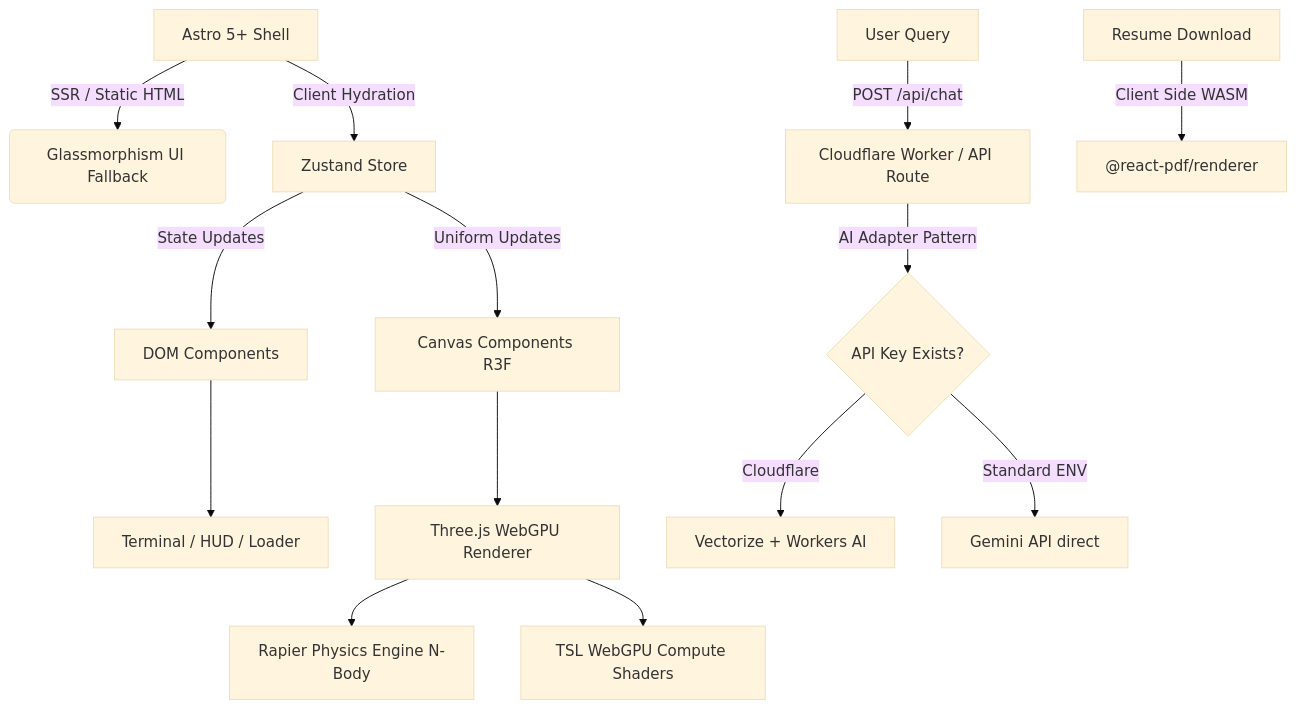
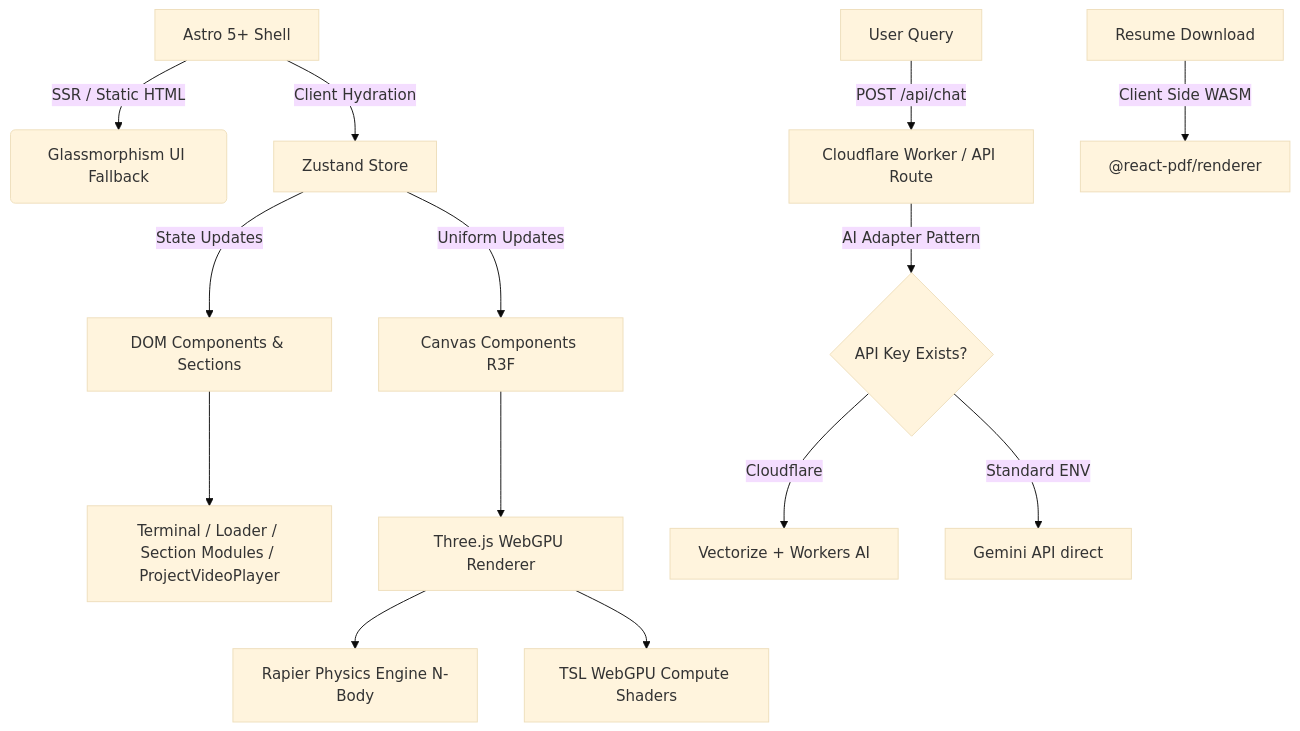
The diagram in docs/ARCHITECTURE.md (vikastiwari/elite-dev-portfolio), drawn with Mermaid (base theme) before and after one commit. The commit also changed other lines of this file and 4 other files, not shown here.

Commit message:
docs: update documentation for phase 7 modular architecture

````diff
--- a/docs/ARCHITECTURE.md
+++ b/docs/ARCHITECTURE.md
@@ -9,21 +9,21 @@
 ```mermaid
 graph TD
     A[Astro 5+ Shell] -->|SSR / Static HTML| B(Glassmorphism UI Fallback)
     A -->|Client Hydration| C[Zustand Store]
     
-    C -->|State Updates| D[DOM Components]
+    C -->|State Updates| D[DOM Components & Sections]
     C -->|Uniform Updates| E[Canvas Components R3F]
     
-    D --> F[Terminal / HUD / Loader]
+    D --> F[Terminal / Loader / Section Modules / ProjectVideoPlayer]
     E --> G[Three.js WebGPU Renderer]
     
     G --> H[Rapier Physics Engine N-Body]
     G --> H2[TSL WebGPU Compute Shaders]
     
     I[User Query] -->|POST /api/chat| J[Cloudflare Worker / API Route]
     J -->|AI Adapter Pattern| K{API Key Exists?}
     K -->|Cloudflare| L[Vectorize + Workers AI]
     K -->|Standard ENV| M[Gemini API direct]
     
     N[Resume Download] -->|Client Side WASM| O["@react-pdf/renderer"]
 ```
````
